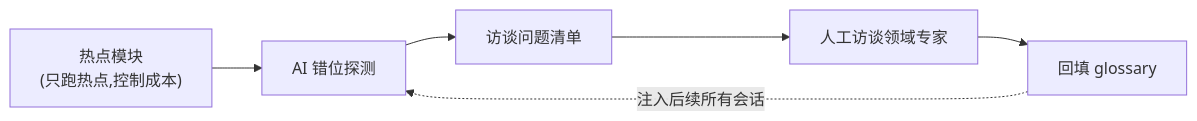
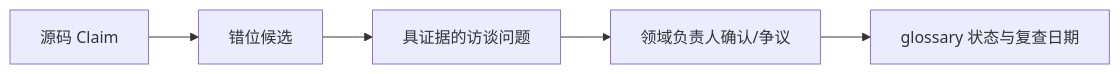
One commit to makotogu/codebase-analysis-methodology changed the diagram in 02-证据体系.md. Above: the diagram before and after it, drawn with Mermaid. The commit also changed other lines of this file and 58 other files, not shown here.

````diff
--- a/02-证据体系.md
+++ b/02-证据体系.md
@@ -67,8 +54,7 @@
 ```mermaid
 flowchart LR
-    hotModules["热点模块<br/>(只跑热点,控制成本)"] --> detector["AI 错位探测"]
-    detector --> questions["访谈问题清单"]
-    questions --> interview["人工访谈领域专家"]
-    interview --> glossaryStore["回填 glossary"]
-    glossaryStore -.注入后续所有会话.-> detector
+    claims["源码 Claim"] --> mismatch["错位候选"]
+    mismatch --> questions["具证据的访谈问题"]
+    questions --> owners["领域负责人确认/争议"]
+    owners --> glossary["glossary 状态与复查日期"]
 ```
````
